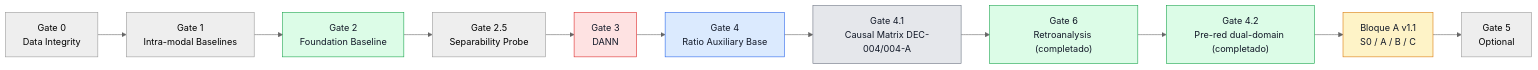
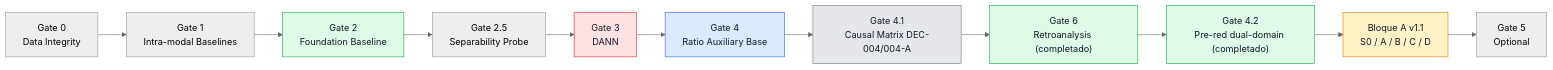
The first of 2 diagrams in README.md (Mar-IA-no/Phideus), drawn with Mermaid (neutral theme) before and after one commit. The commit also changed other lines of this file and 7 other files, not shown here.

````diff
--- a/README.md
+++ b/README.md
@@ -56,21 +56,21 @@
 ```mermaid
 flowchart LR
   G0["Gate 0<br/>Data Integrity"] --> G1["Gate 1<br/>Intra-modal Baselines"]
   G1 --> G2["Gate 2<br/>Foundation Baseline"]
   G2 --> G25["Gate 2.5<br/>Separability Probe"]
   G25 --> G3["Gate 3<br/>DANN"]
   G3 --> G4["Gate 4<br/>Ratio Auxiliary Base"]
   G4 --> G41["Gate 4.1<br/>Causal Matrix DEC-004/004-A"]
   G41 --> G6["Gate 6<br/>Retroanalysis (completado)"]
   G6 --> G42["Gate 4.2<br/>Pre-red dual-domain (completado)"]
-  G42 --> BA["Bloque A v1.1<br/>S0 / A / B / C"]
+  G42 --> BA["Bloque A v1.1<br/>S0 / A / B / C / D"]
   BA --> G5["Gate 5<br/>Optional"]
 
   style G2 fill:#dcfce7,stroke:#16a34a,color:#111827
   style G3 fill:#fee2e2,stroke:#dc2626,color:#111827
   style G4 fill:#dbeafe,stroke:#2563eb,color:#111827
   style G41 fill:#e5e7eb,stroke:#6b7280,color:#111827
   style G6 fill:#dcfce7,stroke:#16a34a,color:#111827
   style G42 fill:#dcfce7,stroke:#16a34a,color:#111827
   style BA fill:#fef3c7,stroke:#d97706,color:#111827
 ```
````
